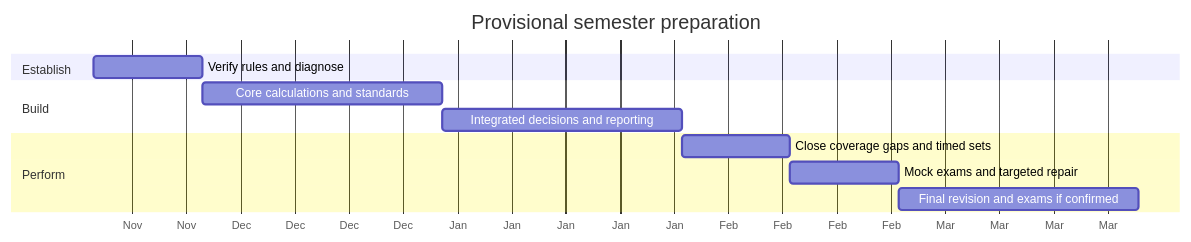
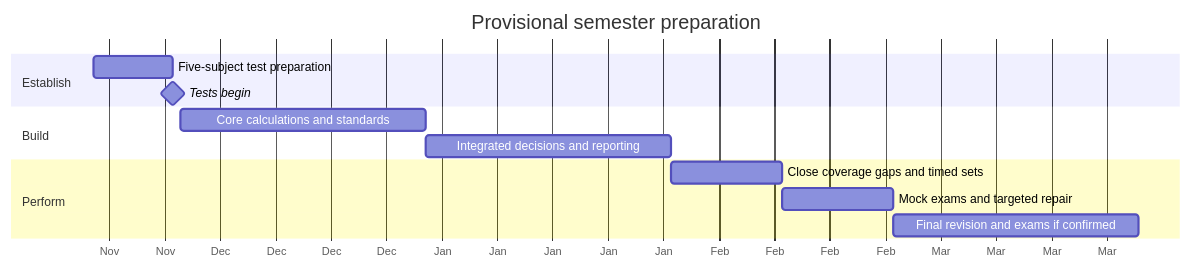
Before and after one commit to ramborocky/obsidian-vault1: the first of 2 diagrams in Msc. Finance and Economic/MSc_Study_Plan.md, drawn with Mermaid. The commit also changed other lines of this file and 2 other files, not shown here.

Commit message:
Update five-subject MAF plans with quantitative and research outlines

````diff
--- a/Msc. Finance and Economic/MSc_Study_Plan.md
+++ b/Msc. Finance and Economic/MSc_Study_Plan.md
@@ -189,15 +229,16 @@
 ```mermaid
 gantt
     title Provisional semester preparation
     dateFormat YYYY-MM-DD
     axisFormat %b
     section Establish
-    Verify rules and diagnose :a1, 2026-11-17, 14d
+    Five-subject test preparation :a1, 2026-11-20, 10d
+    Tests begin :milestone, 2026-11-30, 0d
     section Build
     Core calculations and standards :a2, 2026-12-01, 31d
     Integrated decisions and reporting :a3, 2027-01-01, 31d
     section Perform
     Close coverage gaps and timed sets :a4, 2027-02-01, 14d
     Mock exams and targeted repair :a5, 2027-02-15, 14d
     Final revision and exams if confirmed :a6, 2027-03-01, 31d
 ```
````
